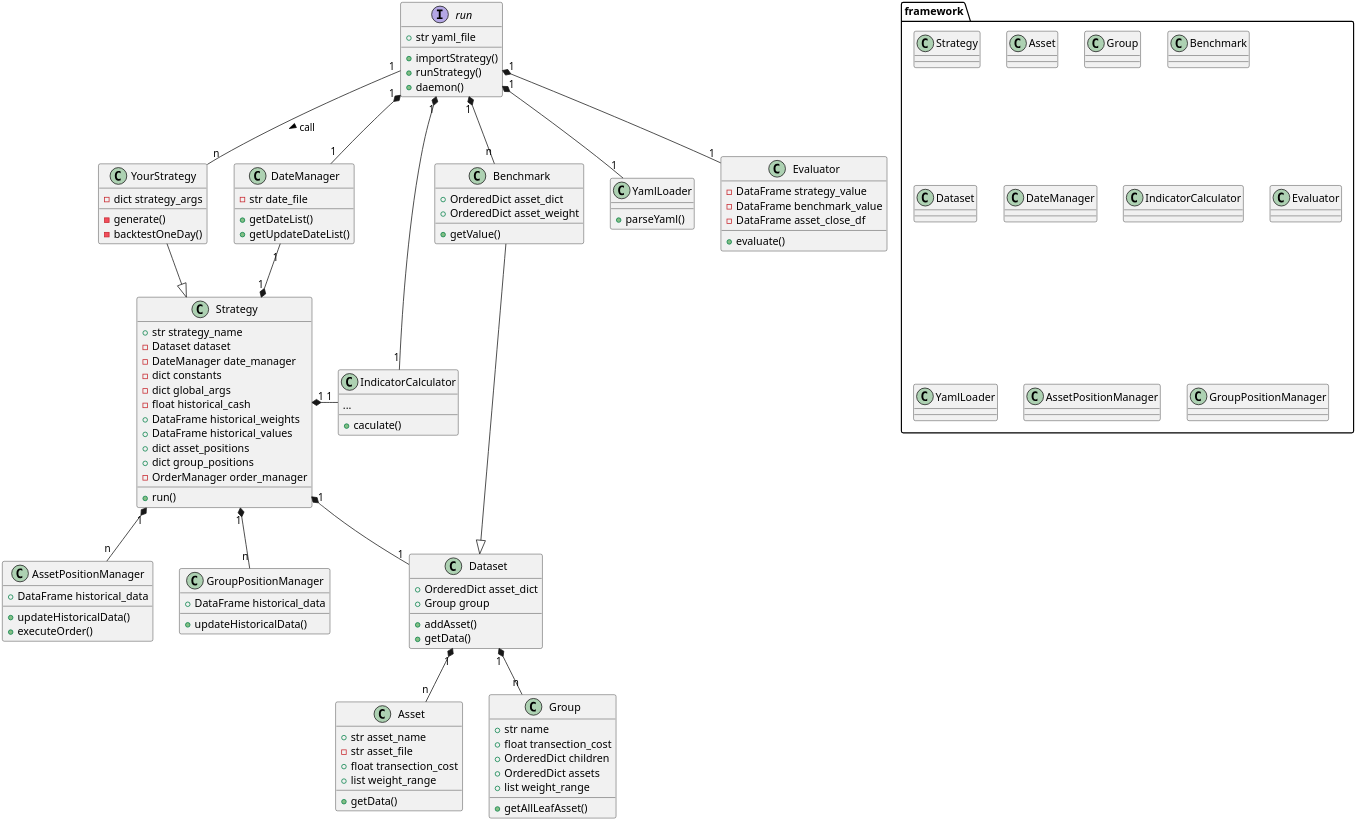
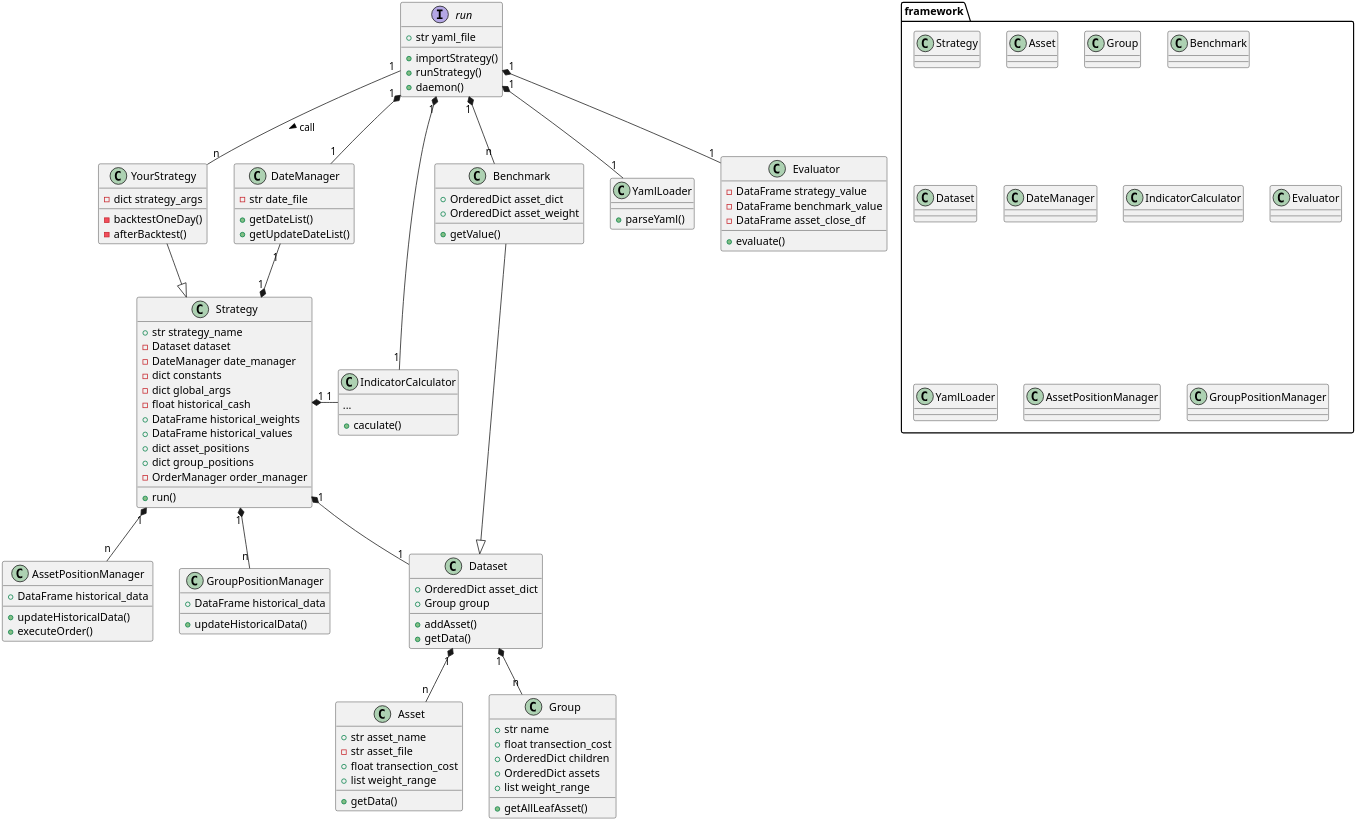
Before and after one commit to yuansicheng/quantitative_strategy_framework: the diagram in design/class.wsd, drawn with PlantUML. The commit also changed 1 other file, not shown here.

```diff
--- a/design/class.wsd
+++ b/design/class.wsd
@@ -1,133 +1,133 @@
 @startuml
 scale 8192*8192
 
 Interface run
 class YourStrategy
 
 package framework{
     class Strategy
     class Asset 
     class Group
     class Benchmark
     class Dataset 
     class DateManager
     class IndicatorCalculator 
     class Evaluator
     class YamlLoader
     class AssetPositionManager
     class GroupPositionManager
 }
 
 Interface run{
     + str yaml_file
     + importStrategy()
     + runStrategy()
     + daemon()
 } 
 
 class YourStrategy{
     - dict strategy_args
-    - generate()
     - backtestOneDay()
+    - afterBacktest()
 }
 
 class Strategy{
     + str strategy_name
     - Dataset dataset
     - DateManager date_manager
     - dict constants
     - dict global_args
     - float historical_cash
     + DataFrame historical_weights
     + DataFrame historical_values
     + dict asset_positions
     + dict group_positions
     - OrderManager order_manager
     + run()
 }
 
 class DateManager{
     - str date_file
     + getDateList()
     + getUpdateDateList()
 }
 
 class IndicatorCalculator{
     + caculate()
     ...
 }
 
 class Asset{
     + str asset_name
     - str asset_file
     + float transection_cost
     + list weight_range
     + getData()
 }
 
 class Group{
     + str name
     + float transection_cost
     + OrderedDict children
     + OrderedDict assets
     + list weight_range
     + getAllLeafAsset()
 }
 
 class Dataset{
     + OrderedDict asset_dict
     + Group group
     + addAsset()
     + getData()
 }
 
 class Benchmark{
     + OrderedDict asset_dict
     + OrderedDict asset_weight
     + getValue()
 }
 
 class YamlLoader{
     + parseYaml()
 }
 
 class Evaluator{
     - DataFrame strategy_value
     - DataFrame benchmark_value
     - DataFrame asset_close_df
     + evaluate()
 }
 
 
 class AssetPositionManager{
     + DataFrame historical_data
     + updateHistoricalData()
     + executeOrder()
 }
 
 class GroupPositionManager{
     + DataFrame historical_data
     + updateHistoricalData()
 }
 
 run "1" -- "n" YourStrategy : call >
 run  "1" *-- "n" Benchmark
 run  "1" *-- "1" Evaluator
 run  "1" *-- "1" YamlLoader
 
 YourStrategy --|> Strategy
 Strategy  "1" *-- "1" Dataset
 Strategy  "1" *-- "n" AssetPositionManager
 Strategy  "1" *-- "n" GroupPositionManager
 run  "1" *-- "1" DateManager
 Strategy  "1" *-left- "1" DateManager
 
 run  "1" *-- "1" IndicatorCalculator
 Strategy  "1" *-right- "1" IndicatorCalculator
 
 Dataset  "1" *-- "n" Asset
 Dataset  "1" *-- "n" Group
 Benchmark  --|> Dataset
 
 
 @enduml
```
